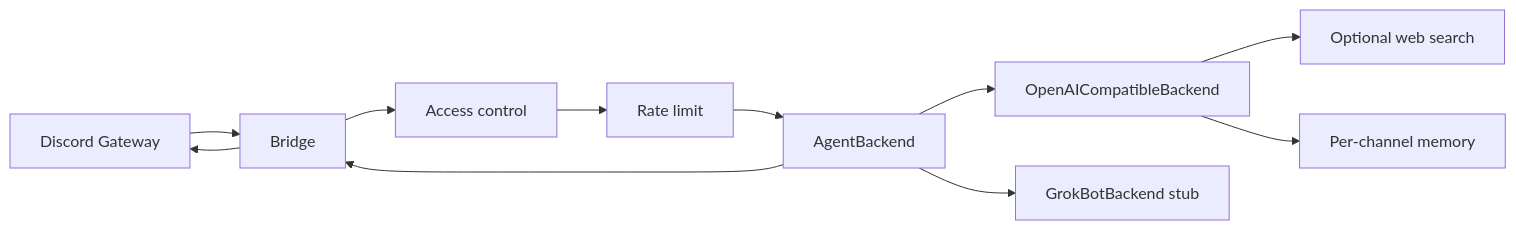
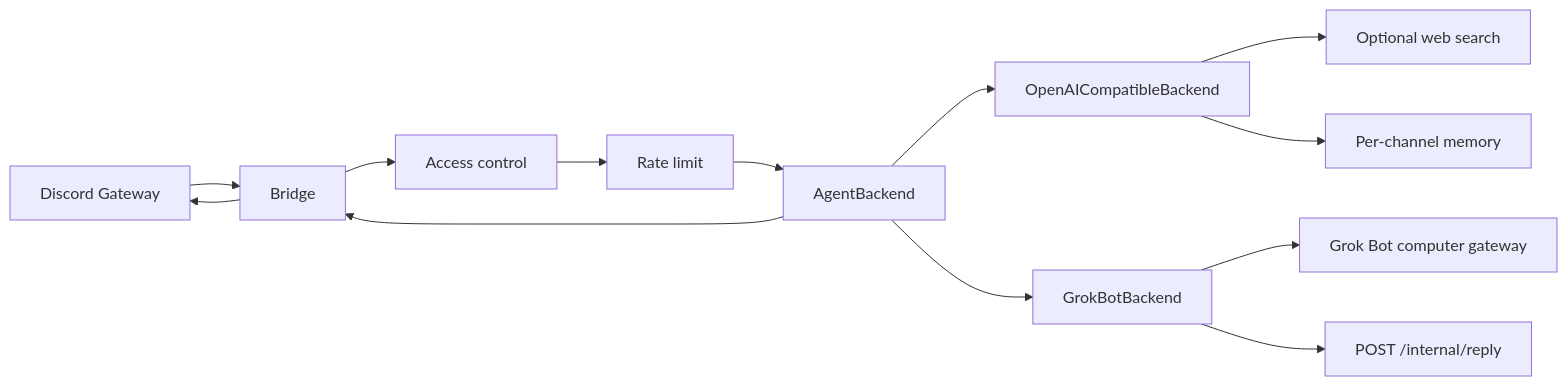
One commit to alvinng214/discord-agent-bridge changed the diagram in README.md. Above: the diagram before and after it, drawn with Mermaid. The commit also changed other lines of this file and 16 other files, not shown here.

First line of the commit message:
Implement GrokBotBackend via computer gateway and authenticated reply callback.

````diff
--- a/README.md
+++ b/README.md
@@ -7,13 +7,15 @@
 ```mermaid
 flowchart LR
   D[Discord Gateway] --> B[Bridge]
   B --> A[Access control]
   A --> R[Rate limit]
   R --> M[AgentBackend]
   M --> O[OpenAICompatibleBackend]
-  M --> G[GrokBotBackend stub]
+  M --> G[GrokBotBackend]
   O --> T[Optional web search]
   O --> Mem[Per-channel memory]
+  G --> GW[Grok Bot computer gateway]
+  G --> CB[POST /internal/reply]
   M --> B
   B --> D
 ```
````
